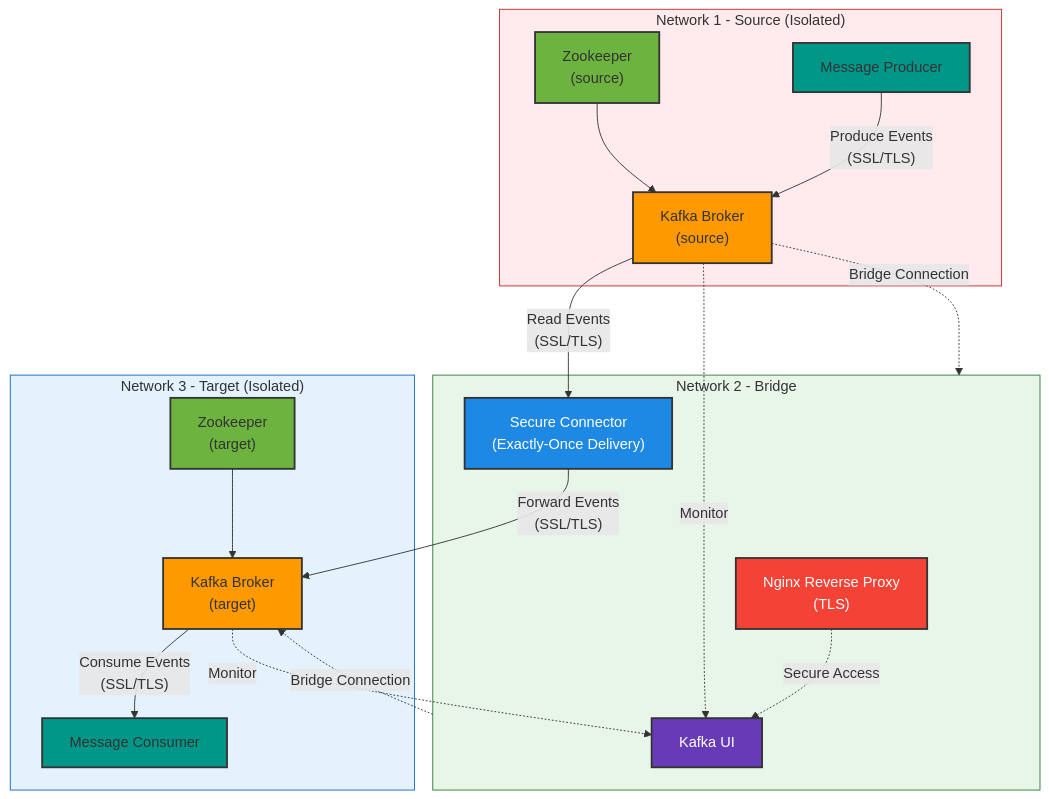
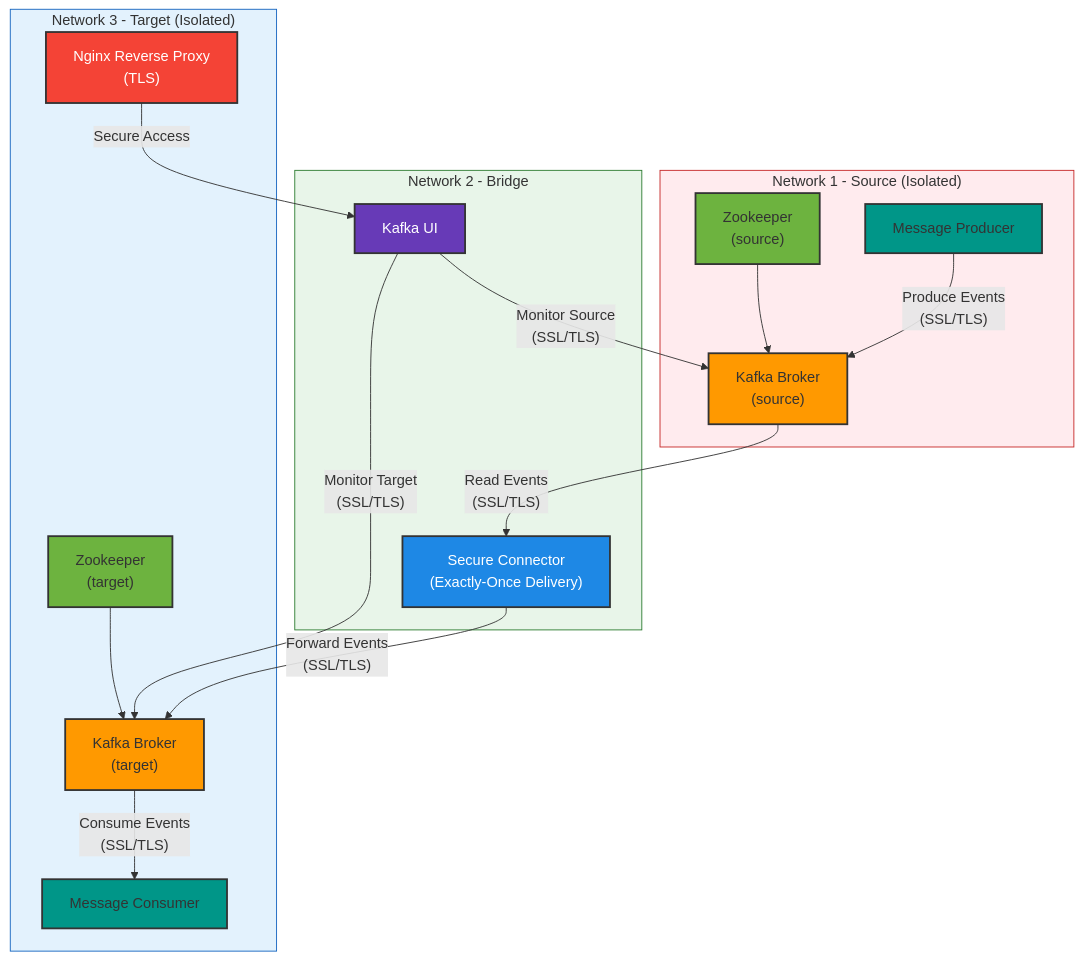
The first of 2 diagrams in README.md (khandaa/data-streaming-v2), drawn with Mermaid before and after one commit. The commit also changed 1 other file, not shown here.

Commit message:
Update architecture diagram for enhanced network topology
- Updated architecture diagram in README.md to show Network 2 as exclusive bridge
- Moved Reverse Proxy from Network 2 to Network 3 as per PRD requirements
- Updated connection arrows to clearly show isolated networks
- Fixed CHANGELOG.md to correctly reflect the Reverse Proxy location

````diff
--- a/README.md
+++ b/README.md
@@ -18,59 +18,58 @@
 ```mermaid
 graph TD
     %% Network Boundaries
     subgraph Network1["Network 1 - Source (Isolated)"]
         SourceZK["Zookeeper\n(source)"]
         SourceProducer["Message Producer"]
         SourceKafka["Kafka Broker\n(source)"]
     end
 
     subgraph Network2["Network 2 - Bridge"]
         Connector["Secure Connector\n(Exactly-Once Delivery)"]
         KafkaUI["Kafka UI"]
-        ReverseProxy["Nginx Reverse Proxy\n(TLS)"]
     end
 
     subgraph Network3["Network 3 - Target (Isolated)"]
         TargetZK["Zookeeper\n(target)"]
         TargetKafka["Kafka Broker\n(target)"]
         TargetConsumer["Message Consumer"]
+        ReverseProxy["Nginx Reverse Proxy\n(TLS)"]
     end
 
     %% Connections
     SourceZK --> SourceKafka
     SourceProducer -->|"Produce Events\n(SSL/TLS)"| SourceKafka
+    
+    %% Network 2 as the exclusive bridge
     SourceKafka -->|"Read Events\n(SSL/TLS)"| Connector
     Connector -->|"Forward Events\n(SSL/TLS)"| TargetKafka
+    
     TargetZK --> TargetKafka
     TargetKafka -->|"Consume Events\n(SSL/TLS)"| TargetConsumer
     
-    %% Network Bridge Connections - Notice there are no direct connections between Network 1 and 3
-    SourceKafka -.->|"Bridge Connection"| Network2
-    Network2 -.->|"Bridge Connection"| TargetKafka
-    
-    %% UI and Monitoring
-    SourceKafka -.->|"Monitor"| KafkaUI
-    TargetKafka -.->|"Monitor"| KafkaUI
-    ReverseProxy -.->|"Secure Access"| KafkaUI
+    %% UI and Monitoring through Network 2
+    KafkaUI -->|"Monitor Source\n(SSL/TLS)"| SourceKafka
+    KafkaUI -->|"Monitor Target\n(SSL/TLS)"| TargetKafka
+    ReverseProxy -->|"Secure Access"| KafkaUI
 
     %% Styling
     classDef kafka fill:#ff9900,stroke:#333,stroke-width:2px
     classDef zookeeper fill:#6db33f,stroke:#333,stroke-width:2px
     classDef connector fill:#1e88e5,stroke:#333,stroke-width:2px,color:white
     classDef ui fill:#673ab7,stroke:#333,stroke-width:2px,color:white
     classDef proxy fill:#f44336,stroke:#333,stroke-width:2px,color:white
     classDef client fill:#009688,stroke:#333,stroke-width:2px
     classDef network1 fill:#ffebee,stroke:#c62828,stroke-width:1px
     classDef network2 fill:#e8f5e9,stroke:#2e7d32,stroke-width:1px
     classDef network3 fill:#e3f2fd,stroke:#1565c0,stroke-width:1px
     
     class SourceKafka,TargetKafka kafka
     class SourceZK,TargetZK zookeeper
     class Connector connector
     class KafkaUI ui
     class ReverseProxy proxy
     class SourceProducer,TargetConsumer client
     class Network1 network1
     class Network2 network2
     class Network3 network3
 ```
````
